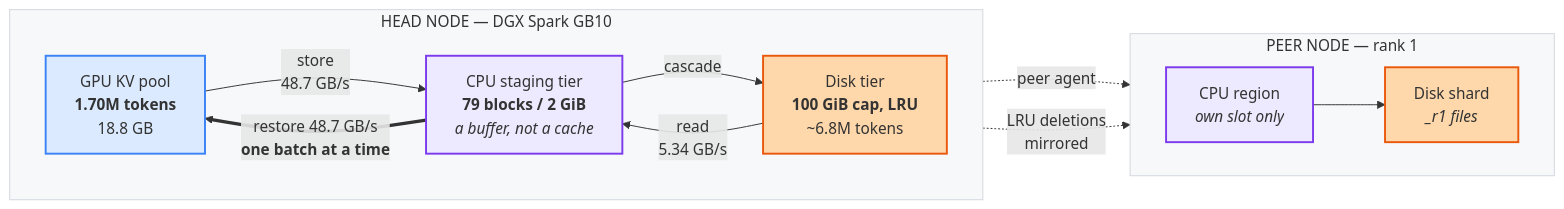
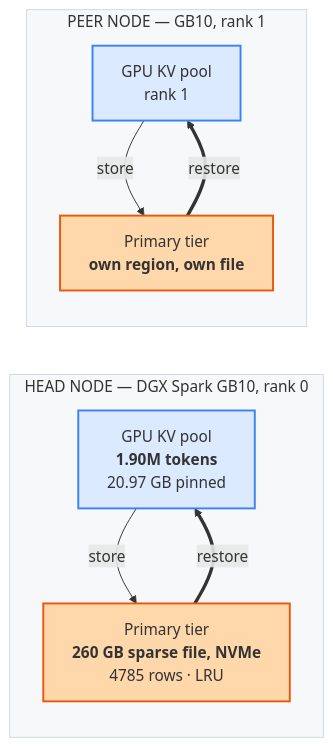
Before and after one commit to smartprogrammer93/vllm-bounded-fs-kv-tier: the diagram in README.md, drawn with Mermaid. The commit also changed other lines of this file and 21 other files, not shown here.

````diff
--- a/README.md
+++ b/README.md
@@ -405,31 +86,24 @@
 ```mermaid
 flowchart LR
-    subgraph N1["HEAD NODE — DGX Spark GB10"]
-        direction LR
-        G1["GPU KV pool<br/><b>1.70M tokens</b><br/>18.8 GB"]
-        C1["CPU staging tier<br/><b>79 blocks / 2 GiB</b><br/><i>a buffer, not a cache</i>"]
-        D1["Disk tier<br/><b>100 GiB cap, LRU</b><br/>~6.8M tokens"]
+    subgraph N1["HEAD NODE — DGX Spark GB10, rank 0"]
+        direction TB
+        G1["GPU KV pool<br/><b>1.90M tokens</b><br/>20.97 GB pinned"]
+        C1["Primary tier<br/><b>260 GB sparse file, NVMe</b><br/>4785 rows · LRU"]
     end
-    subgraph N2["PEER NODE — rank 1"]
-        direction LR
-        C2["CPU region<br/><i>own slot only</i>"]
-        D2["Disk shard<br/><i>_r1 files</i>"]
+    subgraph N2["PEER NODE — GB10, rank 1"]
+        direction TB
+        G2["GPU KV pool<br/>rank 1"]
+        C2["Primary tier<br/><b>own region, own file</b>"]
     end
-
-    G1 -- "store<br/>48.7 GB/s" --> C1
-    C1 -- "cascade" --> D1
-    D1 -- "read<br/>5.34 GB/s" --> C1
-    C1 == "restore 48.7 GB/s<br/><b>one batch at a time</b>" ==> G1
-    C1 -. "peer agent" .-> C2
-    C2 --> D2
-    D1 -. "LRU deletions<br/>mirrored" .-> D2
+    G1 -- "store" --> C1
+    C1 == "restore" ==> G1
+    G2 -- "store" --> C2
+    C2 == "restore" ==> G2
 
     classDef gpu  fill:#dbeafe,stroke:#3b82f6,stroke-width:2px
-    classDef cpu  fill:#ede9fe,stroke:#7c3aed,stroke-width:2px
     classDef disk fill:#fed7aa,stroke:#ea580c,stroke-width:2px
-    class G1 gpu
-    class C1,C2 cpu
-    class D1,D2 disk
+    class G1,G2 gpu
+    class C1,C2 disk
     style N1 fill:#f6f8fa,stroke:#d0d7de,stroke-width:1px
     style N2 fill:#f6f8fa,stroke:#d0d7de,stroke-width:1px
 ```
````
